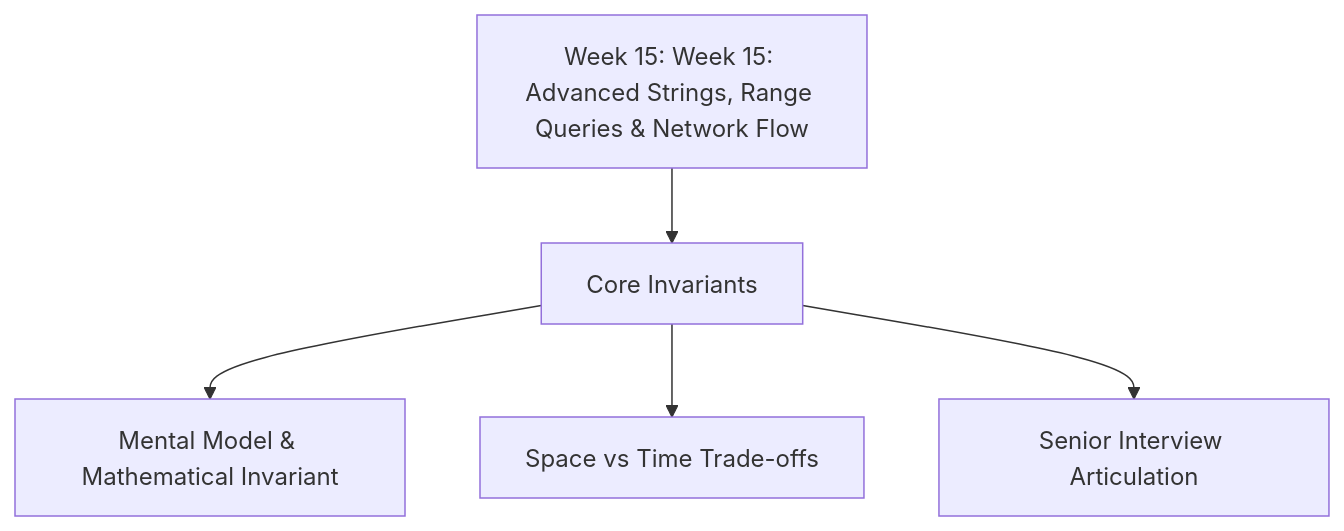
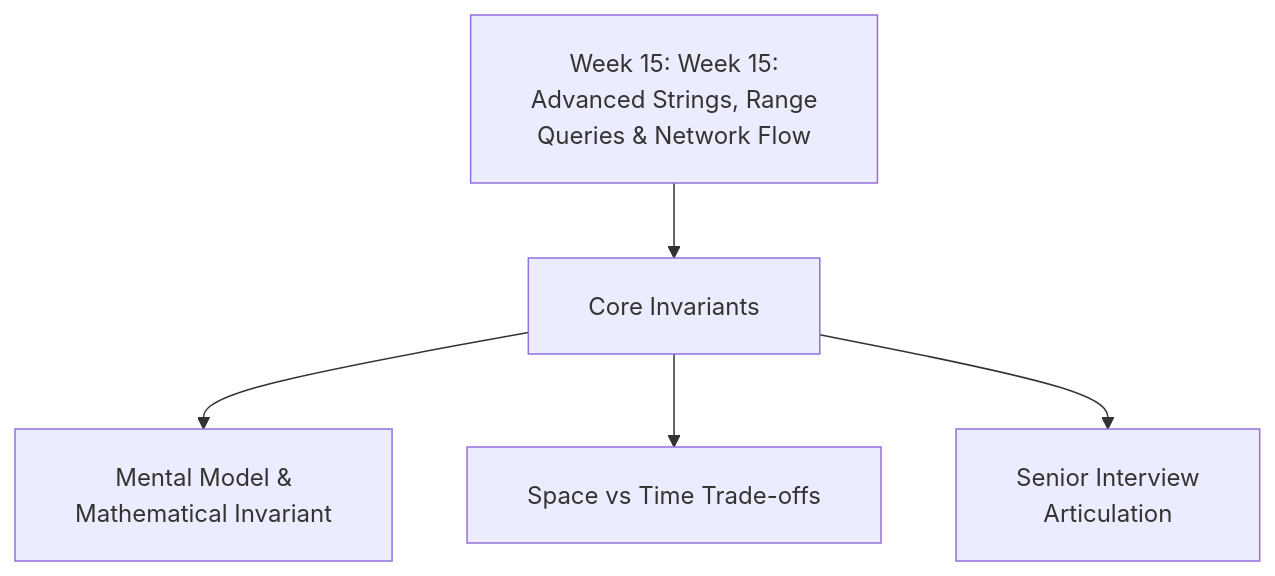
The diagram in week_15_advanced_strings_flow/WEEK_15_FULL_PLAYBOOK.md (dip4k/DSA_102), drawn with Mermaid before and after one commit. The commit also changed 108 other files, not shown here.

First line of the commit message:
fix(mermaid): resolve diagram clipping, padding, and syntax issues across repo

````diff
--- a/week_15_advanced_strings_flow/WEEK_15_FULL_PLAYBOOK.md
+++ b/week_15_advanced_strings_flow/WEEK_15_FULL_PLAYBOOK.md
@@ -13,7 +13,8 @@
 ```mermaid
+%%{init: {"flowchart": {"htmlLabels": true, "padding": 20}}}%%
 flowchart TD
-    W["Week 15: Week 15: Advanced Strings, Range Queries & Network Flow"] --> Core["Core Invariants"]
-    Core --> P1["Mental Model & Mathematical Invariant"]
+    W["Week 15: Week 15:<br/>Advanced Strings, Range<br/>Queries & Network Flow"] --> Core["Core Invariants"]
+    Core --> P1["Mental Model &<br/>Mathematical Invariant"]
     Core --> P2["Space vs Time Trade-offs"]
-    Core --> P3["Senior Interview Articulation"]
+    Core --> P3["Senior Interview<br/>Articulation"]
 ```
````
